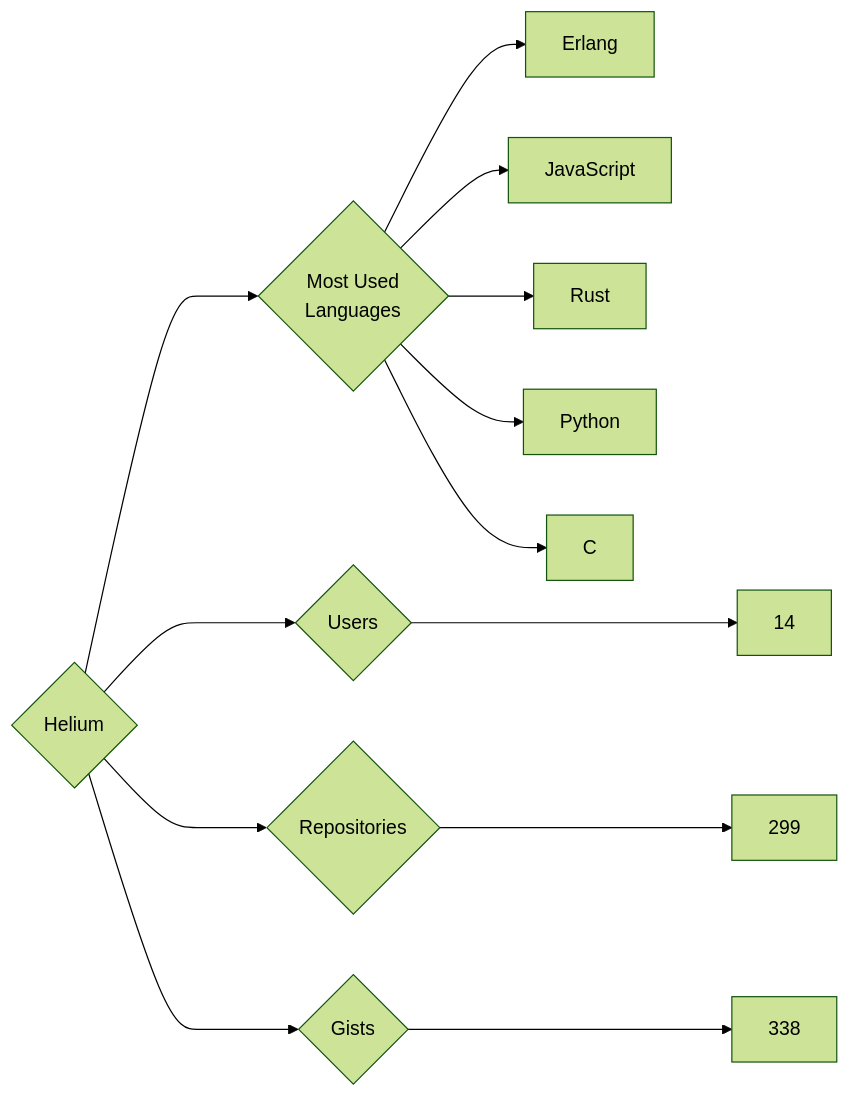
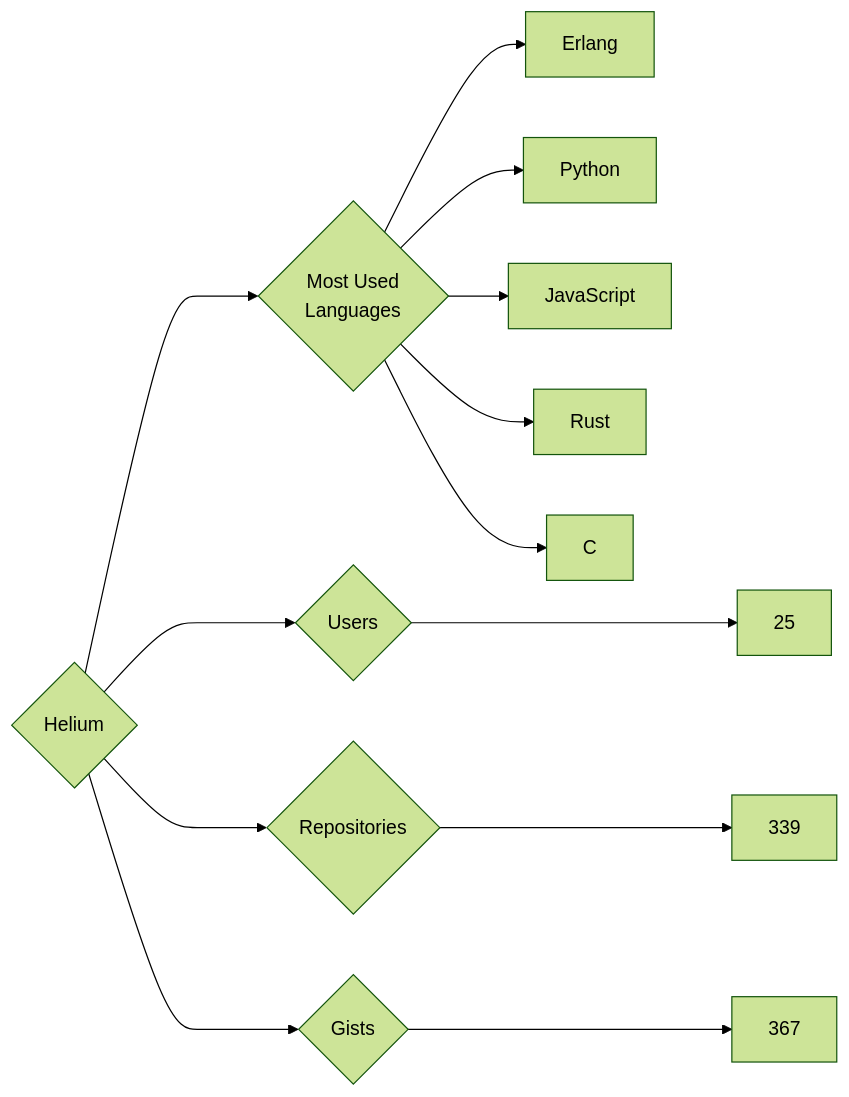
Before and after one commit to trickest/insiders: the diagram in targets/Helium/README.md, drawn with Mermaid (forest theme). The commit also changed 914 other files, not shown here.

````diff
--- a/targets/Helium/README.md
+++ b/targets/Helium/README.md
@@ -3,13 +3,13 @@
 ```mermaid
 graph LR
 COMPANY_NAME{Helium}
-COMPANY_NAME ---> U{Users} ---> UN[14]
-COMPANY_NAME ---> R{Repositories} ---> RN[299]
-COMPANY_NAME ---> G{Gists} ---> GN[338]
+COMPANY_NAME ---> U{Users} ---> UN[25]
+COMPANY_NAME ---> R{Repositories} ---> RN[339]
+COMPANY_NAME ---> G{Gists} ---> GN[367]
 COMPANY_NAME ---> ML{Most Used<br>Languages}
 ML --> Erlang[Erlang]
+ML --> Python[Python]
 ML --> JavaScript[JavaScript]
 ML --> Rust[Rust]
-ML --> Python[Python]
 ML --> C[C]
 ```
````
